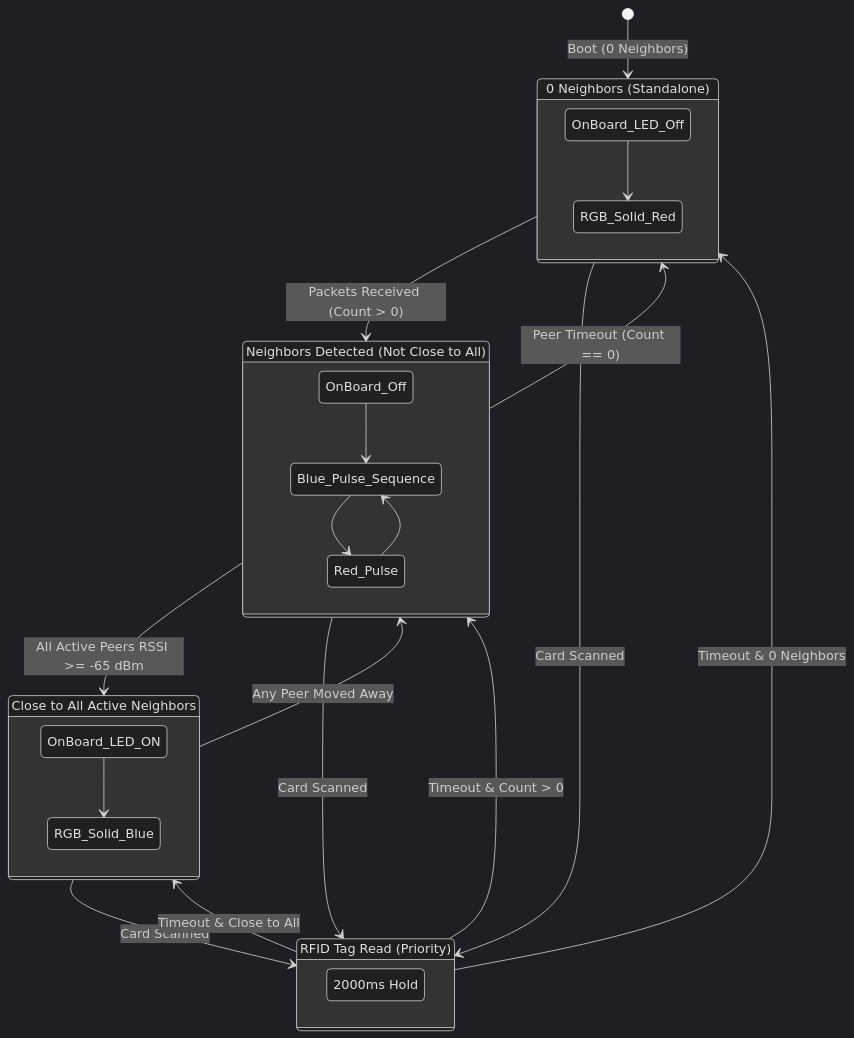
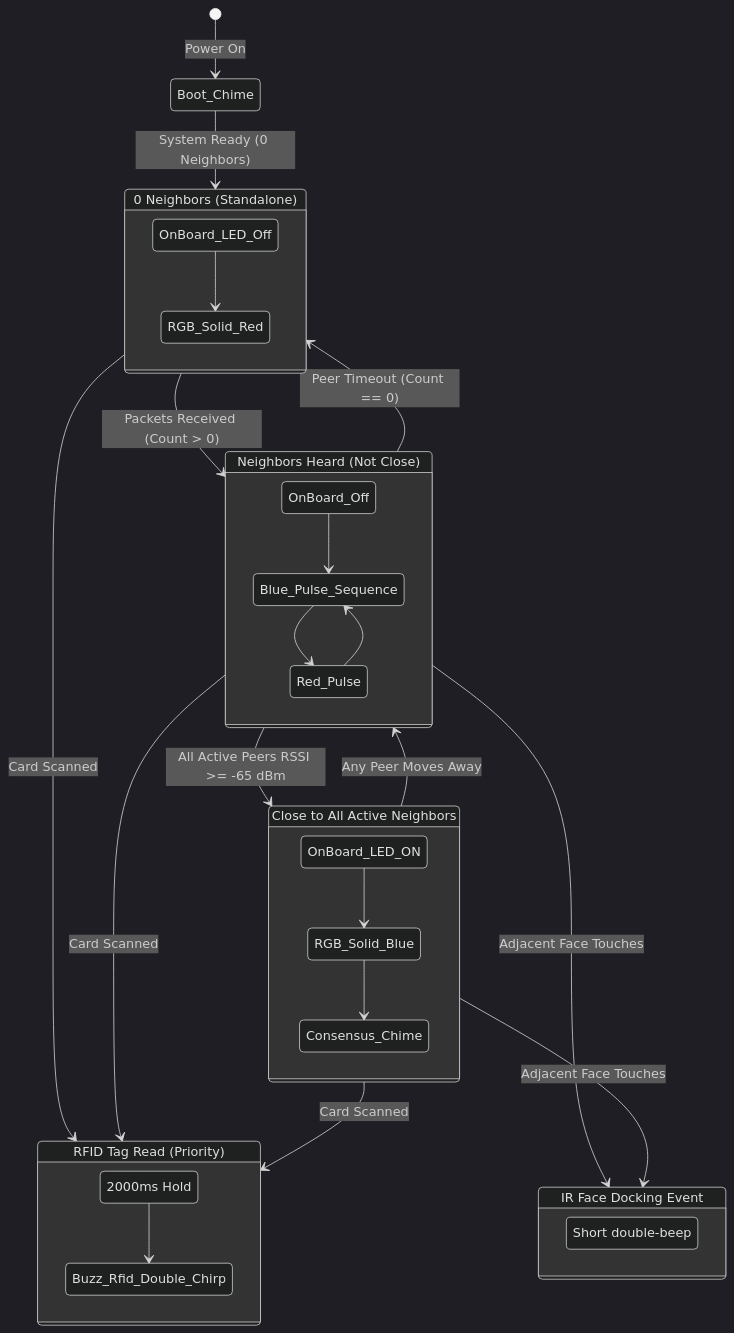
The diagram in Code/INSTRUCTIONS.MD (harryaadith/Q-idk-), drawn with Mermaid (dark theme) before and after one commit. The commit also changed other lines of this file and 5 other files, not shown here.

````diff
--- a/Code/INSTRUCTIONS.MD
+++ b/Code/INSTRUCTIONS.MD
@@ -145,34 +200,41 @@
 ```mermaid
 stateDiagram-v2
-    [*] --> Standalone_Red : Boot (0 Neighbors)
-    
+    [*] --> Boot_Chime : Power On
+    Boot_Chime --> Standalone_Red : System Ready (0 Neighbors)
+
     state "0 Neighbors (Standalone)" as Standalone_Red {
         OnBoard_LED_Off --> RGB_Solid_Red
     }
 
-    state "Neighbors Detected (Not Close to All)" as Swarm_Sequencing {
+    state "Neighbors Heard (Not Close)" as Swarm_Sequencing {
         OnBoard_Off --> Blue_Pulse_Sequence
         Blue_Pulse_Sequence --> Red_Pulse
         Red_Pulse --> Blue_Pulse_Sequence
     }
 
     state "Close to All Active Neighbors" as Fully_Docked {
         OnBoard_LED_ON --> RGB_Solid_Blue
+        RGB_Solid_Blue --> Consensus_Chime
     }
 
     state "RFID Tag Read (Priority)" as RFID_Read {
         RGB_Solid_Green : 2000ms Hold
+        RGB_Solid_Green --> Buzz_Rfid_Double_Chirp
+    }
+
+    state "IR Face Docking Event" as IR_Dock {
+        Dock_Chime : Short double-beep
     }
 
     Standalone_Red --> Swarm_Sequencing : Packets Received (Count > 0)
     Swarm_Sequencing --> Standalone_Red : Peer Timeout (Count == 0)
     Swarm_Sequencing --> Fully_Docked : All Active Peers RSSI >= -65 dBm
-    Fully_Docked --> Swarm_Sequencing : Any Peer Moved Away
+    Fully_Docked --> Swarm_Sequencing : Any Peer Moves Away
     
     Standalone_Red --> RFID_Read : Card Scanned
     Swarm_Sequencing --> RFID_Read : Card Scanned
     Fully_Docked --> RFID_Read : Card Scanned
-    RFID_Read --> Standalone_Red : Timeout & 0 Neighbors
-    RFID_Read --> Swarm_Sequencing : Timeout & Count > 0
-    RFID_Read --> Fully_Docked : Timeout & Close to All
+
+    Swarm_Sequencing --> IR_Dock : Adjacent Face Touches
+    Fully_Docked --> IR_Dock : Adjacent Face Touches
 ```
````
